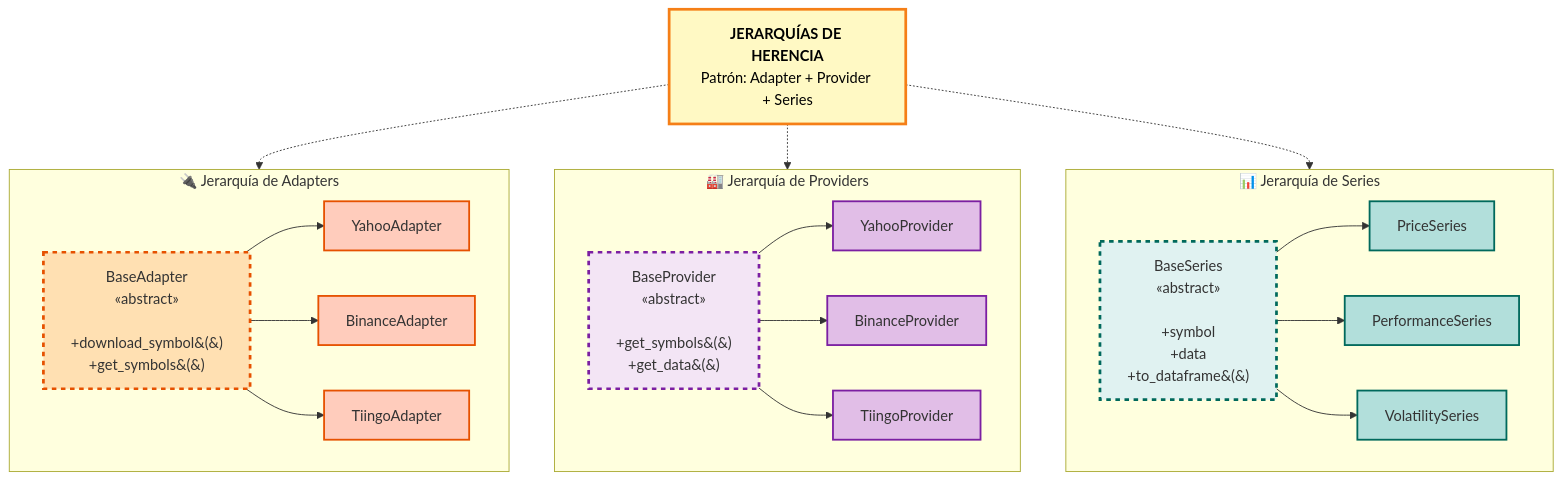
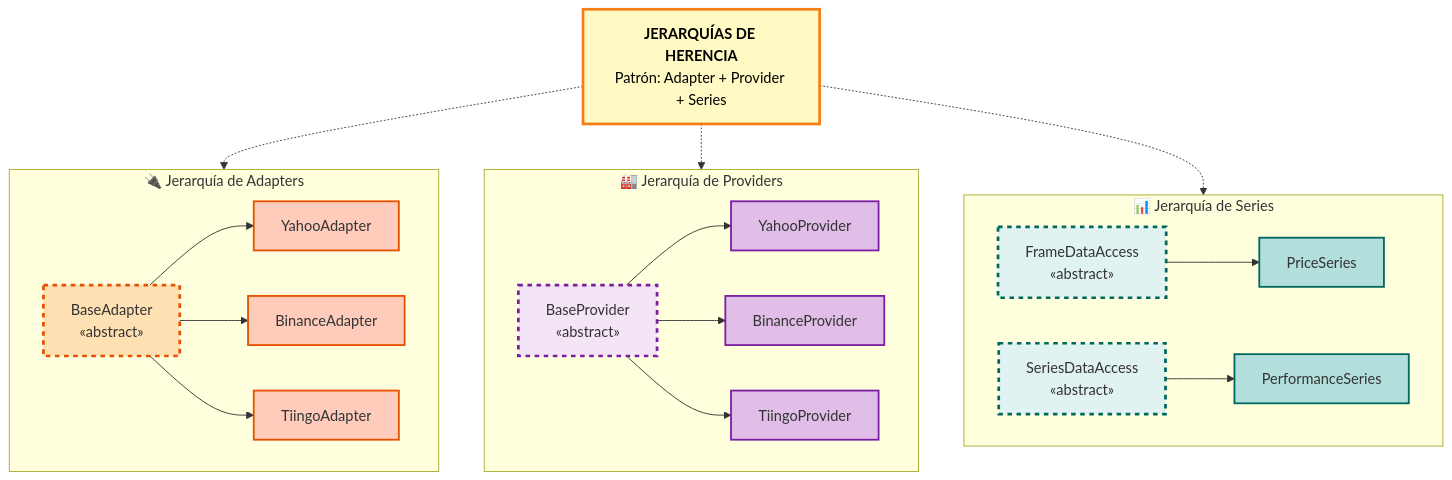
One commit to AlejandroGCN/analizador-bursatil changed the diagram in docs/diagrams/1_jerarquias_herencia.mmd. Above: the diagram before and after it, drawn with Mermaid. The commit also changed 19 other files, not shown here.

```diff
--- a/docs/diagrams/1_jerarquias_herencia.mmd
+++ b/docs/diagrams/1_jerarquias_herencia.mmd
@@ -1,68 +1,67 @@
 graph TB
     %% ============================================
     %% DIAGRAMA 1: JERARQUÍAS DE HERENCIA
     %% Muestra solo las herencias de forma clara
     %% ============================================
     
     TITLE["<b>JERARQUÍAS DE HERENCIA</b><br/>Patrón: Adapter + Provider + Series"]
     
     subgraph HIER1["🔌 Jerarquía de Adapters"]
-        BA["BaseAdapter<br/>«abstract»<br/><br/>+download_symbol&#40;&#41;<br/>+get_symbols&#40;&#41;"]
+    BA["BaseAdapter<br/>«abstract»"]
         
         YA[YahooAdapter]
         BIA[BinanceAdapter]
         TIA[TiingoAdapter]
         
         BA --> YA
         BA --> BIA
         BA --> TIA
     end
     
     subgraph HIER2["🏭 Jerarquía de Providers"]
-        BP["BaseProvider<br/>«abstract»<br/><br/>+get_symbols&#40;&#41;<br/>+get_data&#40;&#41;"]
+        BP["BaseProvider<br/>«abstract»"]
         
         YP[YahooProvider]
         BIP[BinanceProvider]
         TIP[TiingoProvider]
         
         BP --> YP
         BP --> BIP
         BP --> TIP
     end
     
     subgraph HIER3["📊 Jerarquía de Series"]
-        BS["BaseSeries<br/>«abstract»<br/><br/>+symbol<br/>+data<br/>+to_dataframe&#40;&#41;"]
+        FMIX["FrameDataAccess<br/>«abstract»"]
+        SMIX["SeriesDataAccess<br/>«abstract»"]
         
         PS[PriceSeries]
         PERF[PerformanceSeries]
-        VOL[VolatilitySeries]
         
-        BS --> PS
-        BS --> PERF
-        BS --> VOL
+        FMIX --> PS
+        SMIX --> PERF
     end
     
     TITLE -.-> HIER1 & HIER2 & HIER3
     
     %% ESTILOS
     style TITLE fill:#fff9c4,stroke:#f57f17,stroke-width:3px,color:#000
     
     %% Clases abstractas
     style BA fill:#ffe0b2,stroke:#e65100,stroke-width:3px,stroke-dasharray: 5 5
     style BP fill:#f3e5f5,stroke:#7b1fa2,stroke-width:3px,stroke-dasharray: 5 5
-    style BS fill:#e0f2f1,stroke:#00695c,stroke-width:3px,stroke-dasharray: 5 5
+    style FMIX fill:#e0f2f1,stroke:#00695c,stroke-width:3px,stroke-dasharray: 5 5
+    style SMIX fill:#e0f2f1,stroke:#00695c,stroke-width:3px,stroke-dasharray: 5 5
     
     %% Adapters concretos
     style YA fill:#ffccbc,stroke:#e65100,stroke-width:2px
     style BIA fill:#ffccbc,stroke:#e65100,stroke-width:2px
     style TIA fill:#ffccbc,stroke:#e65100,stroke-width:2px
     
     %% Providers concretos
     style YP fill:#e1bee7,stroke:#7b1fa2,stroke-width:2px
     style BIP fill:#e1bee7,stroke:#7b1fa2,stroke-width:2px
     style TIP fill:#e1bee7,stroke:#7b1fa2,stroke-width:2px
     
     %% Series concretas
     style PS fill:#b2dfdb,stroke:#00695c,stroke-width:2px
     style PERF fill:#b2dfdb,stroke:#00695c,stroke-width:2px
-    style VOL fill:#b2dfdb,stroke:#00695c,stroke-width:2px
```
